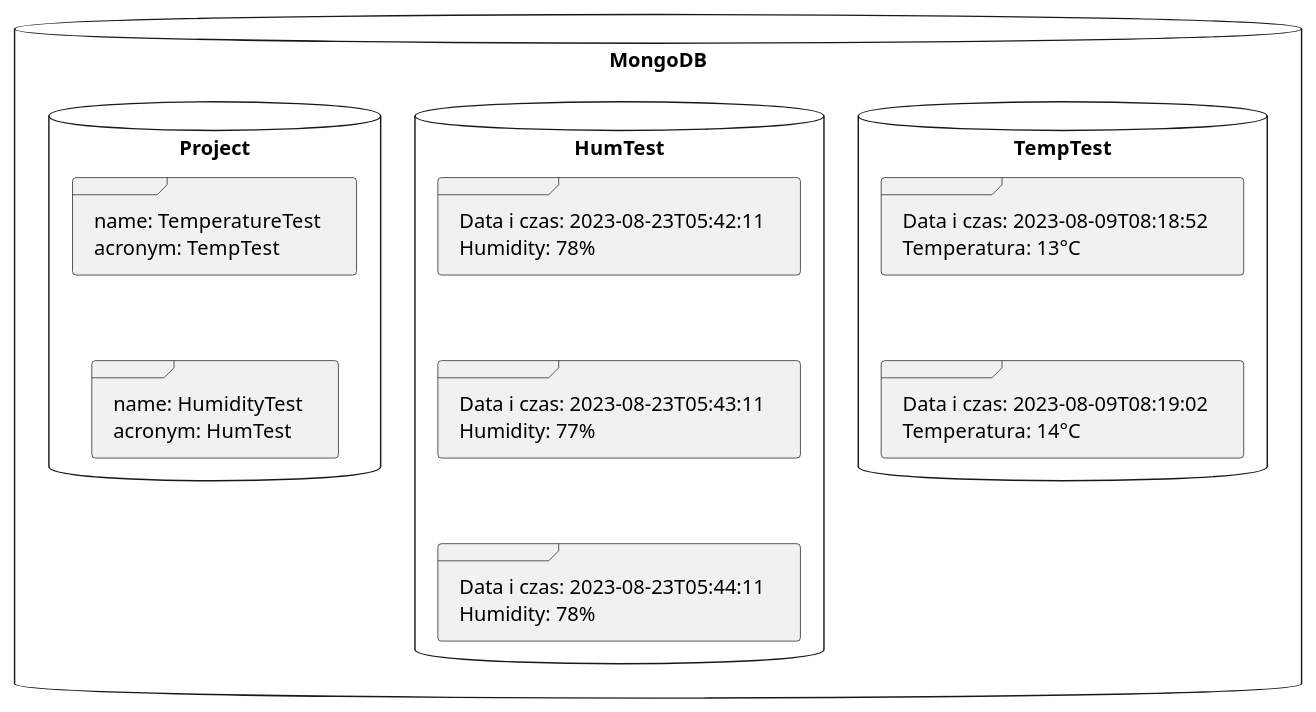
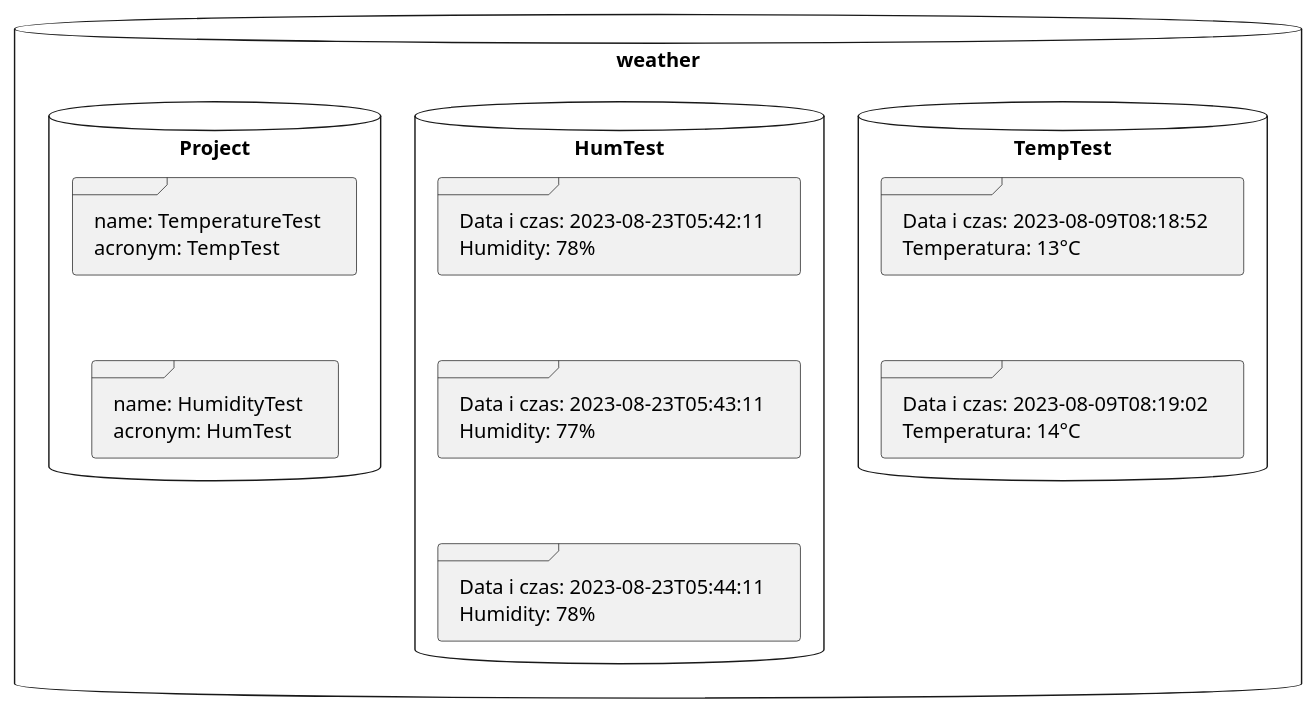
One commit to mateuszbarnacki/master-thesis changed the diagram in arch-docs/mongo-diagram.puml. Above: the diagram before and after it, drawn with PlantUML.

Commit message:
Change database name

```diff
--- a/arch-docs/mongo-diagram.puml
+++ b/arch-docs/mongo-diagram.puml
@@ -1,42 +1,42 @@
 @startuml
 
 <style>
     frame {
         Minimumwidth 100
         Maximumwidth 300
     }
     database {
         Minimumwidth 80
         Maximumwidth 300
     }
 </style>
 
 
-database "MongoDB" {
+database "weather" {
   database "TempTest" {
       frame "Data i czas: 2023-08-09T08:18:52\t Temperatura: 13°C" {
       }
       frame "Data i czas: 2023-08-09T08:19:02\t Temperatura: 14°C" {
       }
   }
   database "HumTest" {
      frame "Data i czas: 2023-08-23T05:42:11\t Humidity: 78%" {
      }
      frame "Data i czas: 2023-08-23T05:43:11\t Humidity: 77%" {
      }
      frame "Data i czas: 2023-08-23T05:44:11\t Humidity: 78%" {
      }
   }
   database "Project" {
     frame "name: TemperatureTest \t\t\t acronym: TempTest \t\t\t\t\t ..." {
     }
     frame "name: HumidityTest \t\t\t\t acronym: HumTest \t\t\t\t\t\t ..." {
     }
   }
 }
 
 "Data i czas: 2023-08-09T08:18:52\t Temperatura: 13°C" -down[hidden]- "Data i czas: 2023-08-09T08:19:02\t Temperatura: 14°C"
 "Data i czas: 2023-08-23T05:42:11\t Humidity: 78%" -down[hidden]- "Data i czas: 2023-08-23T05:43:11\t Humidity: 77%"
 "Data i czas: 2023-08-23T05:43:11\t Humidity: 77%" -down[hidden]- "Data i czas: 2023-08-23T05:44:11\t Humidity: 78%"
 "name: TemperatureTest \t\t\t acronym: TempTest \t\t\t\t\t " -down[hidden]- "name: HumidityTest \t\t\t\t acronym: HumTest \t\t\t\t\t\t "
 @enduml
```
